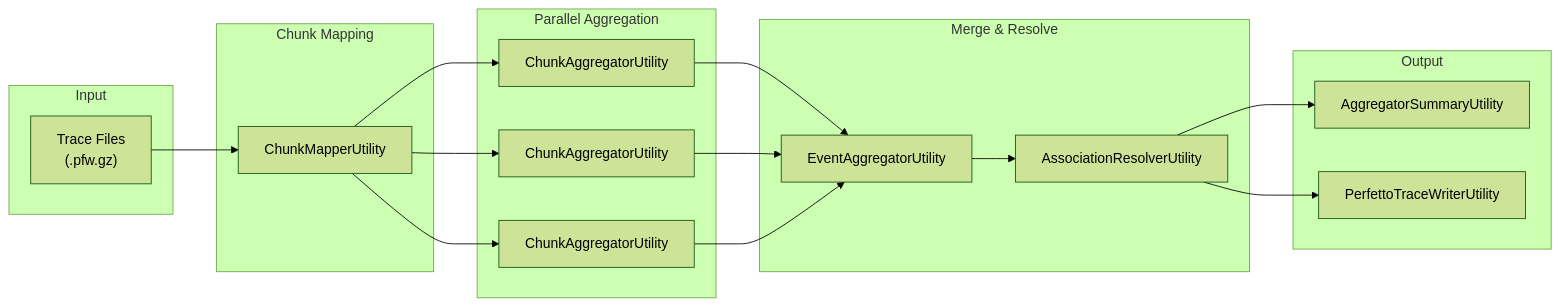
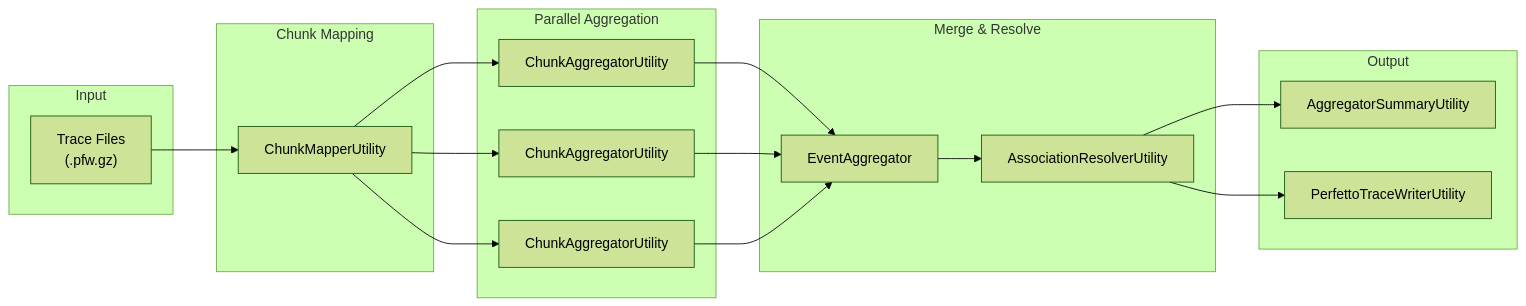
The diagram in docs/source/cpp_api/dft_aggregators.rst (asparsa/ClarIOn), drawn with Mermaid (forest theme) before and after one commit. The commit also changed other lines of this file and 401 other files, not shown here.

```diff
--- a/docs/source/cpp_api/dft_aggregators.rst
+++ b/docs/source/cpp_api/dft_aggregators.rst
@@ -38,37 +38,37 @@
 .. mermaid::
 
    graph LR
        subgraph Input
            Files["Trace Files<br/>(.pfw.gz)"]
        end
 
        subgraph Mapping["Chunk Mapping"]
            CM["ChunkMapperUtility"]
        end
 
        subgraph Parallel["Parallel Aggregation"]
            CA1["ChunkAggregatorUtility"]
            CA2["ChunkAggregatorUtility"]
            CAN["ChunkAggregatorUtility"]
        end
 
        subgraph Merge["Merge & Resolve"]
-           EA["EventAggregatorUtility"]
+           EA["EventAggregator"]
            AR["AssociationResolverUtility"]
        end
 
        subgraph Output
            Summary["AggregatorSummaryUtility"]
            Perfetto["PerfettoTraceWriterUtility"]
        end
 
        Files --> CM
        CM --> CA1
        CM --> CA2
        CM --> CAN
        CA1 --> EA
        CA2 --> EA
        CAN --> EA
        EA --> AR
        AR --> Summary
        AR --> Perfetto
```
